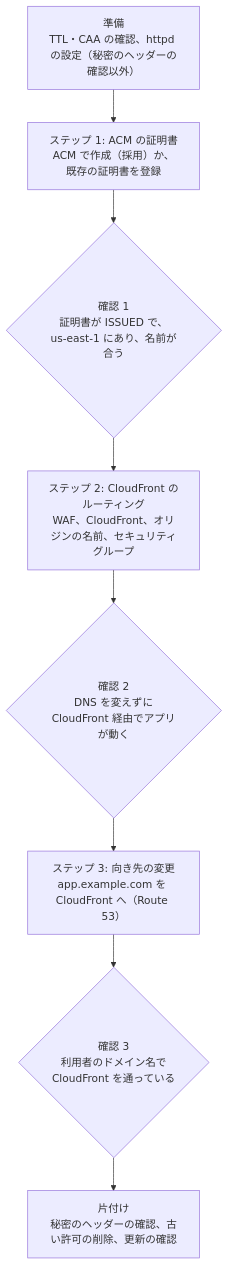
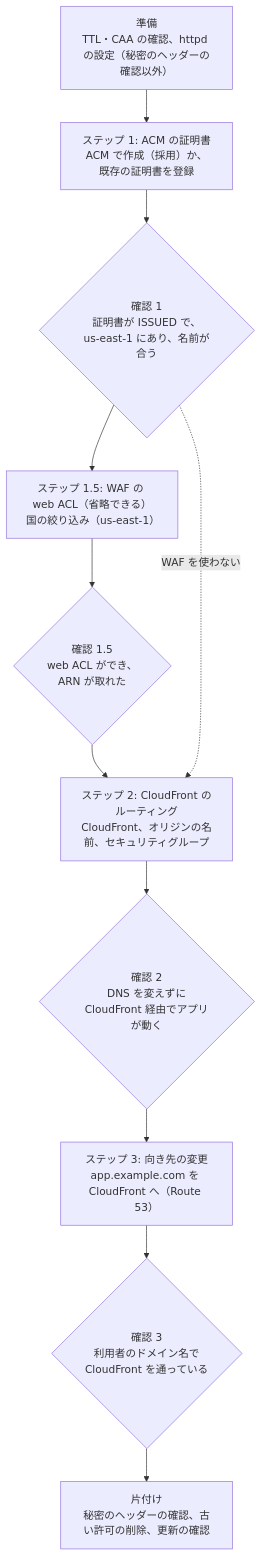
The second of 2 diagrams in docs/ec2-tls-termination-migration/README.md (rxsxkxd/pk), drawn with Mermaid before and after one commit. The commit also changed other lines of this file and 22 other files, not shown here.

````diff
--- a/docs/ec2-tls-termination-migration/README.md
+++ b/docs/ec2-tls-termination-migration/README.md
@@ -39,13 +39,16 @@
 ```mermaid
 %%{init: {"themeVariables": {"fontSize": "16px"}}}%%
 flowchart TD
   P["準備<br/>TTL・CAA の確認、httpd の設定（秘密のヘッダーの確認以外）"]
   S1["ステップ 1: ACM の証明書<br/>ACM で作成（採用）か、既存の証明書を登録"]
   C1{"確認 1<br/>証明書が ISSUED で、<br/>us-east-1 にあり、名前が合う"}
-  S2["ステップ 2: CloudFront のルーティング<br/>WAF、CloudFront、オリジンの名前、セキュリティグループ"]
+  S15["ステップ 1.5: WAF の web ACL（省略できる）<br/>国の絞り込み（us-east-1）"]
+  C15{"確認 1.5<br/>web ACL ができ、<br/>ARN が取れた"}
+  S2["ステップ 2: CloudFront のルーティング<br/>CloudFront、オリジンの名前、セキュリティグループ"]
   C2{"確認 2<br/>DNS を変えずに<br/>CloudFront 経由でアプリが動く"}
   S3["ステップ 3: 向き先の変更<br/>app.example.com を CloudFront へ（Route 53）"]
   C3{"確認 3<br/>利用者のドメイン名で<br/>CloudFront を通っている"}
   F["片付け<br/>秘密のヘッダーの確認、古い許可の削除、更新の確認"]
-  P --> S1 --> C1 --> S2 --> C2 --> S3 --> C3 --> F
+  P --> S1 --> C1 --> S15 --> C15 --> S2 --> C2 --> S3 --> C3 --> F
+  C1 -. "WAF を使わない" .-> S2
 ```
````
